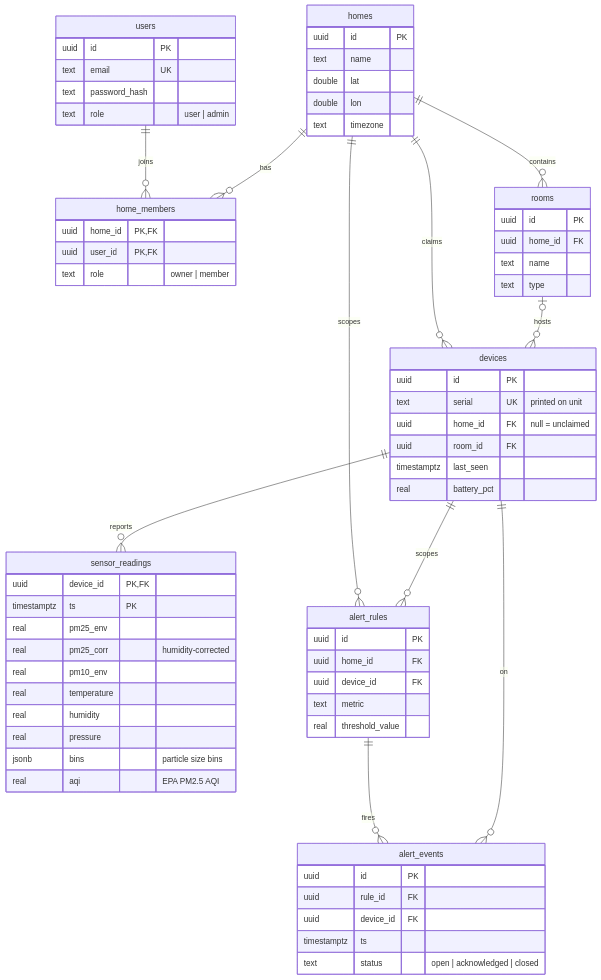
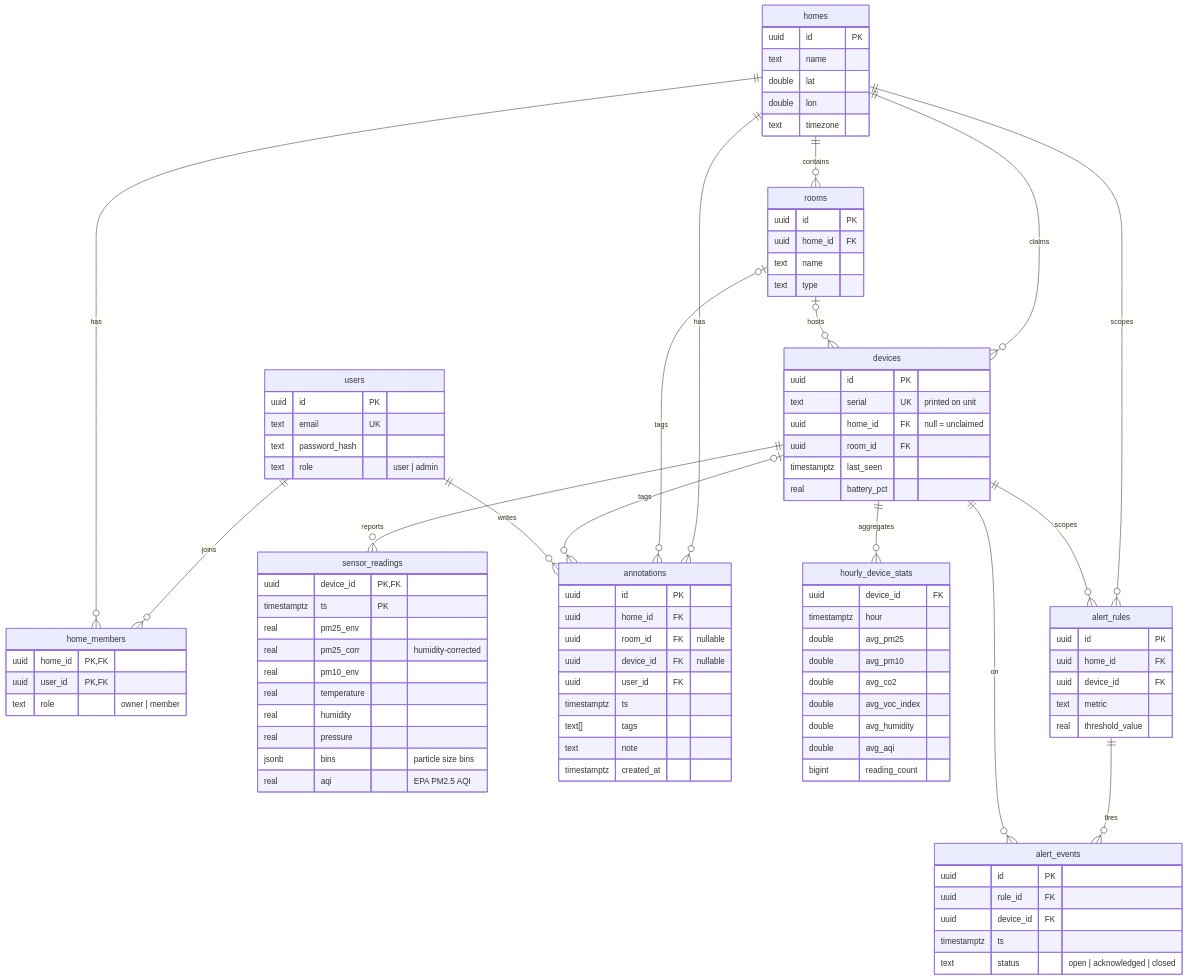
The fourth of 7 diagrams in docs/ARCHITECTURE.md (Hek846/aerospec), drawn with Mermaid before and after one commit. The commit also changed other lines of this file and 9 other files, not shown here.

First line of the commit message:
API: analytics schema (annotations + hourly stats) and H3 hex /map/cells

```diff
--- a/docs/ARCHITECTURE.md
+++ b/docs/ARCHITECTURE.md
@@ -123,6 +123,11 @@
     homes ||--o{ devices : "claims"
     rooms |o--o{ devices : "hosts"
     devices ||--o{ sensor_readings : "reports"
+    homes ||--o{ annotations : "has"
+    rooms |o--o{ annotations : "tags"
+    devices |o--o{ annotations : "tags"
+    users ||--o{ annotations : "writes"
+    devices ||--o{ hourly_device_stats : "aggregates"
     homes ||--o{ alert_rules : "scopes"
     devices ||--o{ alert_rules : "scopes"
     alert_rules ||--o{ alert_events : "fires"
@@ -172,6 +177,28 @@
         jsonb bins "particle size bins"
         real aqi "EPA PM2.5 AQI"
     }
+    annotations {
+        uuid id PK
+        uuid home_id FK
+        uuid room_id FK "nullable"
+        uuid device_id FK "nullable"
+        uuid user_id FK
+        timestamptz ts
+        text[] tags
+        text note
+        timestamptz created_at
+    }
+    hourly_device_stats {
+        uuid device_id FK
+        timestamptz hour
+        double avg_pm25
+        double avg_pm10
+        double avg_co2
+        double avg_voc_index
+        double avg_humidity
+        double avg_aqi
+        bigint reading_count
+    }
     alert_rules {
         uuid id PK
         uuid home_id FK
```
